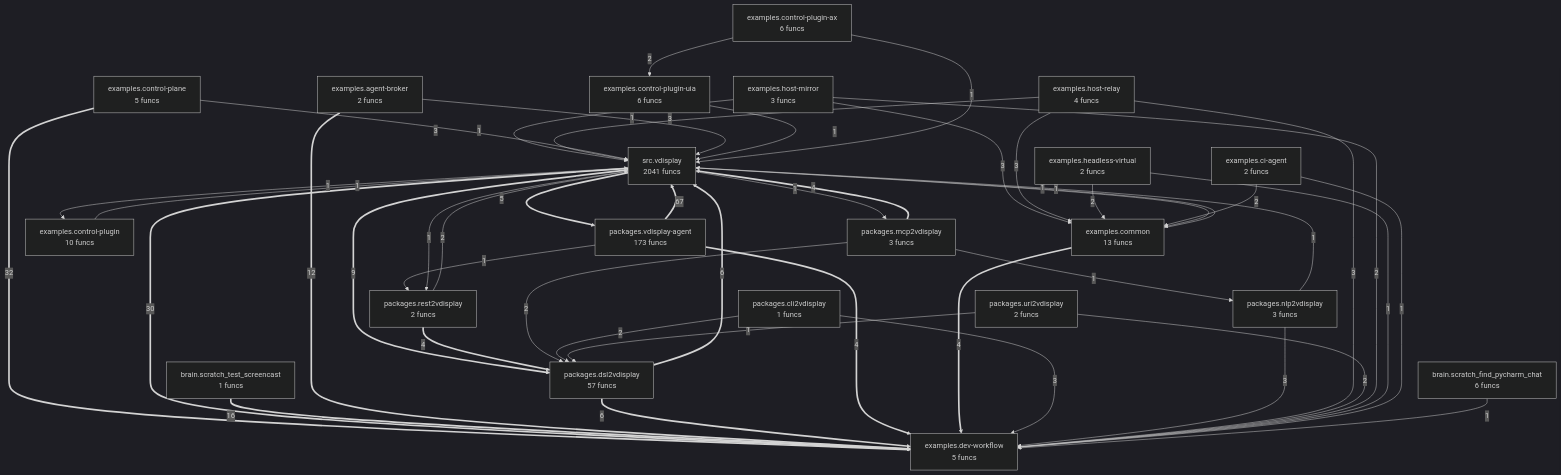
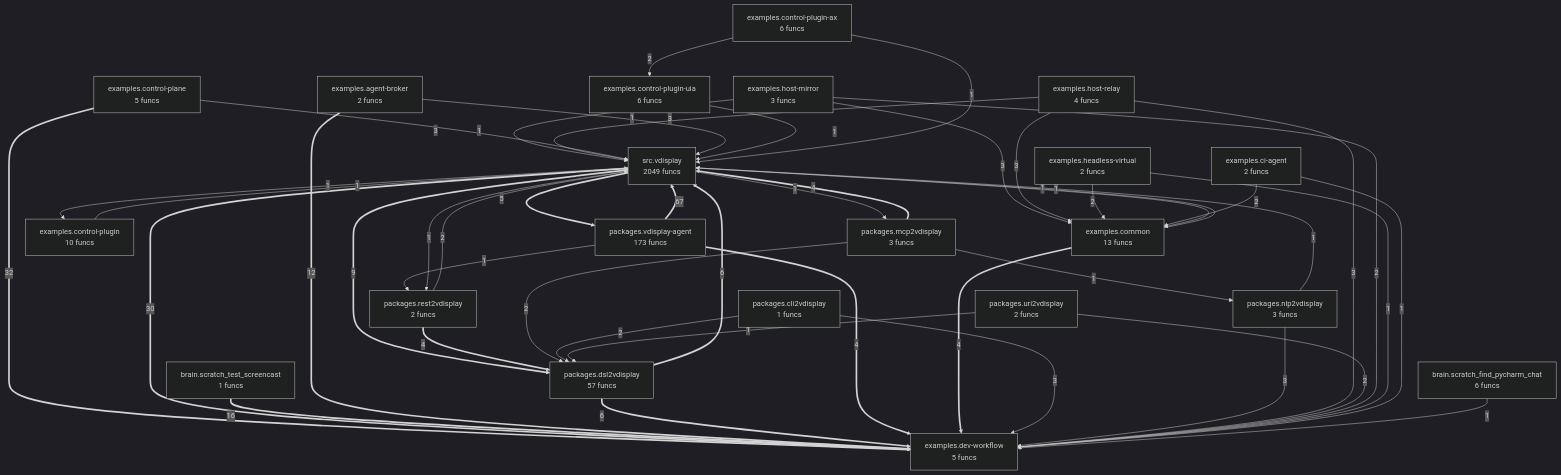
The diagram in project/compact_flow.mmd (wronai/vdisplay), drawn with Mermaid (dark theme) before and after one commit. The commit also changed 27 other files, not shown here.

```diff
--- a/project/compact_flow.mmd
+++ b/project/compact_flow.mmd
@@ -1,68 +1,68 @@
 flowchart TD
-%% generated in 0.09s
+%% generated in 0.10s
     brain__scratch_find_pycharm_chat["brain.scratch_find_pycharm_chat<br/>6 funcs"]
     brain__scratch_test_screencast["brain.scratch_test_screencast<br/>1 funcs"]
     examples__agent_broker["examples.agent-broker<br/>2 funcs"]
     examples__ci_agent["examples.ci-agent<br/>2 funcs"]
     examples__common["examples.common<br/>13 funcs"]
     examples__control_plane["examples.control-plane<br/>5 funcs"]
     examples__control_plugin["examples.control-plugin<br/>10 funcs"]
     examples__control_plugin_ax["examples.control-plugin-ax<br/>6 funcs"]
     examples__control_plugin_uia["examples.control-plugin-uia<br/>6 funcs"]
     examples__dev_workflow["examples.dev-workflow<br/>5 funcs"]
     examples__headless_virtual["examples.headless-virtual<br/>2 funcs"]
     examples__host_mirror["examples.host-mirror<br/>3 funcs"]
     examples__host_relay["examples.host-relay<br/>4 funcs"]
     packages__cli2vdisplay["packages.cli2vdisplay<br/>1 funcs"]
     packages__dsl2vdisplay["packages.dsl2vdisplay<br/>57 funcs"]
     packages__mcp2vdisplay["packages.mcp2vdisplay<br/>3 funcs"]
     packages__nlp2vdisplay["packages.nlp2vdisplay<br/>3 funcs"]
     packages__rest2vdisplay["packages.rest2vdisplay<br/>2 funcs"]
     packages__uri2vdisplay["packages.uri2vdisplay<br/>2 funcs"]
     packages__vdisplay_agent["packages.vdisplay-agent<br/>173 funcs"]
-    src__vdisplay["src.vdisplay<br/>2041 funcs"]
+    src__vdisplay["src.vdisplay<br/>2049 funcs"]
     packages__vdisplay_agent ==>|67| src__vdisplay
     examples__control_plane ==>|32| examples__dev_workflow
     src__vdisplay ==>|30| examples__dev_workflow
     brain__scratch_test_screencast ==>|16| examples__dev_workflow
     examples__agent_broker ==>|12| examples__dev_workflow
     src__vdisplay ==>|9| packages__dsl2vdisplay
     packages__dsl2vdisplay ==>|6| src__vdisplay
     packages__dsl2vdisplay ==>|6| examples__dev_workflow
     src__vdisplay ==>|5| packages__vdisplay_agent
     packages__mcp2vdisplay ==>|4| src__vdisplay
     packages__rest2vdisplay ==>|4| packages__dsl2vdisplay
     packages__vdisplay_agent ==>|4| examples__dev_workflow
     examples__common ==>|4| examples__dev_workflow
     packages__cli2vdisplay -->|3| examples__dev_workflow
     packages__nlp2vdisplay -->|3| examples__dev_workflow
     examples__host_mirror -->|3| src__vdisplay
     examples__host_mirror -->|3| examples__common
     examples__host_relay -->|3| src__vdisplay
     examples__host_relay -->|3| examples__common
     examples__host_relay -->|3| examples__dev_workflow
     packages__mcp2vdisplay -->|2| packages__dsl2vdisplay
     packages__cli2vdisplay -->|2| packages__dsl2vdisplay
     packages__uri2vdisplay -->|2| examples__dev_workflow
     packages__rest2vdisplay -->|2| src__vdisplay
     examples__host_mirror -->|2| examples__dev_workflow
     examples__headless_virtual -->|2| examples__common
     examples__ci_agent -->|2| examples__common
     examples__control_plugin_ax -->|2| examples__control_plugin_uia
     packages__mcp2vdisplay -->|1| packages__nlp2vdisplay
     packages__uri2vdisplay -->|1| packages__dsl2vdisplay
     packages__nlp2vdisplay -->|1| src__vdisplay
     packages__vdisplay_agent -->|1| packages__rest2vdisplay
     examples__control_plugin -->|1| src__vdisplay
     examples__headless_virtual -->|1| examples__dev_workflow
     examples__ci_agent -->|1| examples__dev_workflow
     examples__control_plane -->|1| src__vdisplay
     examples__agent_broker -->|1| src__vdisplay
     examples__control_plugin_uia -->|1| src__vdisplay
     examples__common -->|1| src__vdisplay
     examples__control_plugin_ax -->|1| src__vdisplay
     src__vdisplay -->|1| packages__rest2vdisplay
     src__vdisplay -->|1| examples__common
     src__vdisplay -->|1| examples__control_plugin
     src__vdisplay -->|1| packages__mcp2vdisplay
     brain__scratch_find_pycharm_chat -->|1| examples__dev_workflow
```
